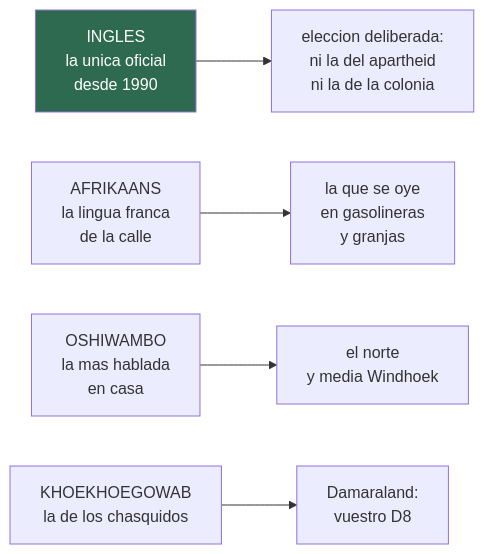
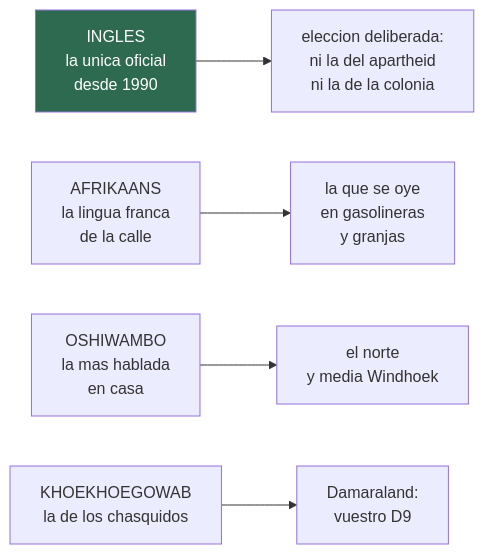
One commit to morandeirachema/namibia changed the third of 4 diagrams in 19-cultura-de-namibia.md. Above: the diagram before and after it, drawn with Mermaid. The commit also changed other lines of this file and 54 other files, not shown here.

````diff
--- a/19-cultura-de-namibia.md
+++ b/19-cultura-de-namibia.md
@@ -120,8 +121,8 @@
 ```mermaid
 flowchart LR
     I["INGLES<br/>la unica oficial<br/>desde 1990"] --> P["eleccion deliberada:<br/>ni la del apartheid<br/>ni la de la colonia"]
     A["AFRIKAANS<br/>la lingua franca<br/>de la calle"] --> P2["la que se oye<br/>en gasolineras<br/>y granjas"]
     O["OSHIWAMBO<br/>la mas hablada<br/>en casa"] --> P3["el norte<br/>y media Windhoek"]
-    K["KHOEKHOEGOWAB<br/>la de los chasquidos"] --> P4["Damaraland:<br/>vuestro D8"]
+    K["KHOEKHOEGOWAB<br/>la de los chasquidos"] --> P4["Damaraland:<br/>vuestro D9"]
     style I fill:#2d6a4f,color:#fff
 ```
````
